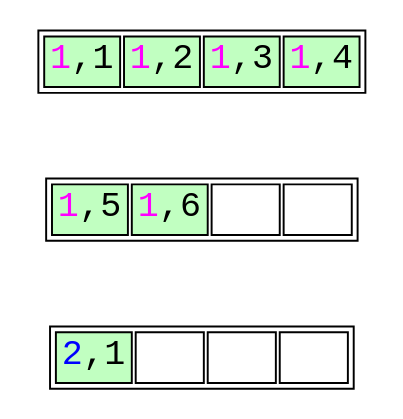
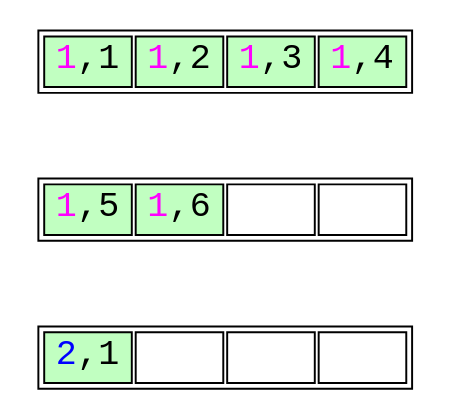
One commit to petergeoghegan/pg_query_internals changed the diagram in optimized-leaf-page-split-1.dot. Above: the diagram before and after it, drawn with Graphviz. The commit also changed 6 other files, not shown here.

```diff
--- a/optimized-leaf-page-split-1.dot
+++ b/optimized-leaf-page-split-1.dot
@@ -1,52 +1,52 @@
 // Example B-Tree graph
 //
 // Breadth-first order
 //
 // Start from root, go left to right
 //
 // Workflow:
 //
 // $ dot -T svg btree.dot -o btree.svg;
 
 digraph nbtree {
 graph [fontname = "monospace"];
 node [shape = none,height=.1,fontname = "monospace",fontsize=18];
 // Level 0 (leaf level)
-leafnode_2[ label=<<table width="140">
+leafnode_2[ label=<<table width="180">
                     <tr>
-                        <td bgcolor='darkseagreen1' port="t2" width="35"><font color="magenta">1</font>,1</td>
-                        <td bgcolor='darkseagreen1' port="t3" width="35"><font color="magenta">1</font>,2</td>
-                        <td bgcolor='darkseagreen1' port="t4" width="35"><font color="magenta">1</font>,3</td>
-                        <td bgcolor='darkseagreen1' port="t4" width="35"><font color="magenta">1</font>,4</td>
+                        <td bgcolor='darkseagreen1' port="t2" width="45"><font color="magenta">1</font>,1</td>
+                        <td bgcolor='darkseagreen1' port="t3" width="45"><font color="magenta">1</font>,2</td>
+                        <td bgcolor='darkseagreen1' port="t4" width="45"><font color="magenta">1</font>,3</td>
+                        <td bgcolor='darkseagreen1' port="t4" width="45"><font color="magenta">1</font>,4</td>
                     </tr>
                 </table>
                >
         ];
 edge[style=invis];
 "leafnode_2" -> "leafnode_3"
-leafnode_3[ label=<<table width="140">
+leafnode_3[ label=<<table width="180">
                     <tr>
-                        <td bgcolor='darkseagreen1' port="t4" width="35"><font color="magenta">1</font>,5</td>
-                        <td bgcolor='darkseagreen1' port="t4" width="35"><font color="magenta">1</font>,6</td>
-                        <td bgcolor='white' port="t3" width="35"></td>
-                        <td bgcolor='white' port="t3" width="35"></td>
+                        <td bgcolor='darkseagreen1' port="t4" width="45"><font color="magenta">1</font>,5</td>
+                        <td bgcolor='darkseagreen1' port="t4" width="45"><font color="magenta">1</font>,6</td>
+                        <td bgcolor='white' port="t3" width="45"></td>
+                        <td bgcolor='white' port="t3" width="45"></td>
                     </tr>
                 </table>
                >
         ];
 edge[style=invis];
 "leafnode_3" -> "leafnode_4"
-leafnode_4[ label=<<table width="140">
+leafnode_4[ label=<<table width="180">
                     <tr>
-                        <td bgcolor='darkseagreen1' port="t4" width="35"><font color="blue">2</font>,1</td>
-                        <td bgcolor='white' port="t3" width="35"></td>
-                        <td bgcolor='white' port="t3" width="35"></td>
-                        <td bgcolor='white' port="t3" width="35"></td>
+                        <td bgcolor='darkseagreen1' port="t4" width="45"><font color="blue">2</font>,1</td>
+                        <td bgcolor='white' port="t3" width="45"></td>
+                        <td bgcolor='white' port="t3" width="45"></td>
+                        <td bgcolor='white' port="t3" width="45"></td>
                     </tr>
                 </table>
                >
         ];
 //Force alignment from root to internal to leaf levels:
 //edge[style=invis];
 //"rootnode":d1 -> "leafnode_2":t2
 }
```
